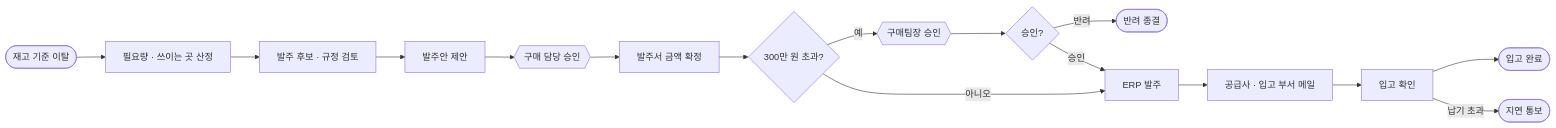
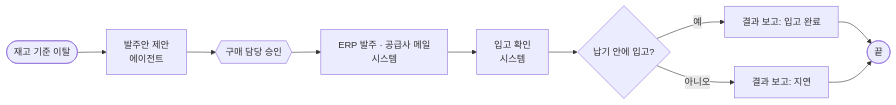
The third of 3 diagrams in docs/보고서/2026-10-09_HYD_시나리오_3개.md (uengine-oss/hyd-iot-edu), drawn with Mermaid before and after one commit. The commit also changed other lines of this file, not shown here.

Commit message:
A161: 시나리오 보고서 — B 정기 정비 확정, 흐름을 승인 1회 · 시스템 자동 확인 · 결과 보고로 단순화, 경쟁하는 대안 명시

````diff
--- a/docs/보고서/2026-10-09_HYD_시나리오_3개.md
+++ b/docs/보고서/2026-10-09_HYD_시나리오_3개.md
@@ -131,18 +137,12 @@
 ```mermaid
 flowchart LR
-  S([재고 기준 이탈]) --> A1[필요량 · 쓰이는 곳 산정]
-  A1 --> A2[발주 후보 · 규정 검토]
-  A2 --> A3[발주안 제안]
-  A3 --> H1{{구매 담당 승인}}
-  H1 --> A4[발주서 금액 확정]
-  A4 --> G1{300만 원 초과?}
-  G1 -- 예 --> H2{{구매팀장 승인}}
-  H2 --> G2{승인?}
-  G2 -- 반려 --> E2([반려 종결])
-  G2 -- 승인 --> P1
-  G1 -- 아니오 --> P1[ERP 발주]
-  P1 --> P2[공급사 · 입고 부서 메일]
-  P2 --> P3[입고 확인]
-  P3 --> E1([입고 완료])
-  P3 -- 납기 초과 --> E3([지연 통보])
+  S([재고 기준 이탈]) --> A1[발주안 제안<br/>에이전트]
+  A1 --> H1{{구매 담당 승인}}
+  H1 --> P1[ERP 발주 · 공급사 메일<br/>시스템]
+  P1 --> P2[입고 확인<br/>시스템]
+  P2 --> G{납기 안에 입고?}
+  G -- 예 --> R1[결과 보고: 입고 완료]
+  G -- 아니오 --> R2[결과 보고: 지연]
+  R1 --> E([끝])
+  R2 --> E
 ```
````
